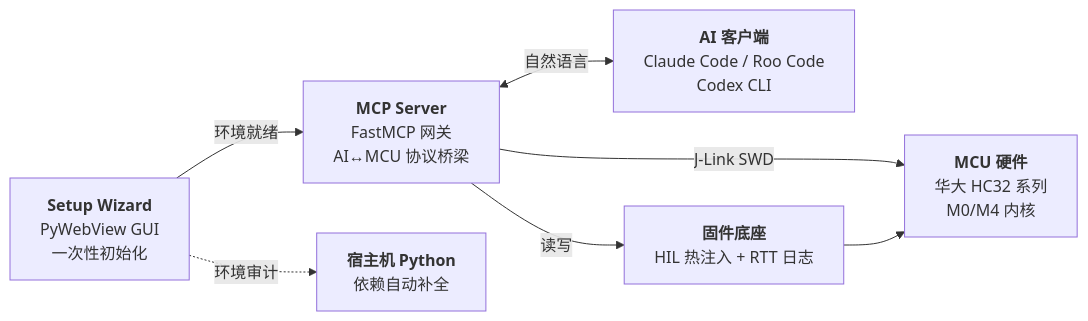
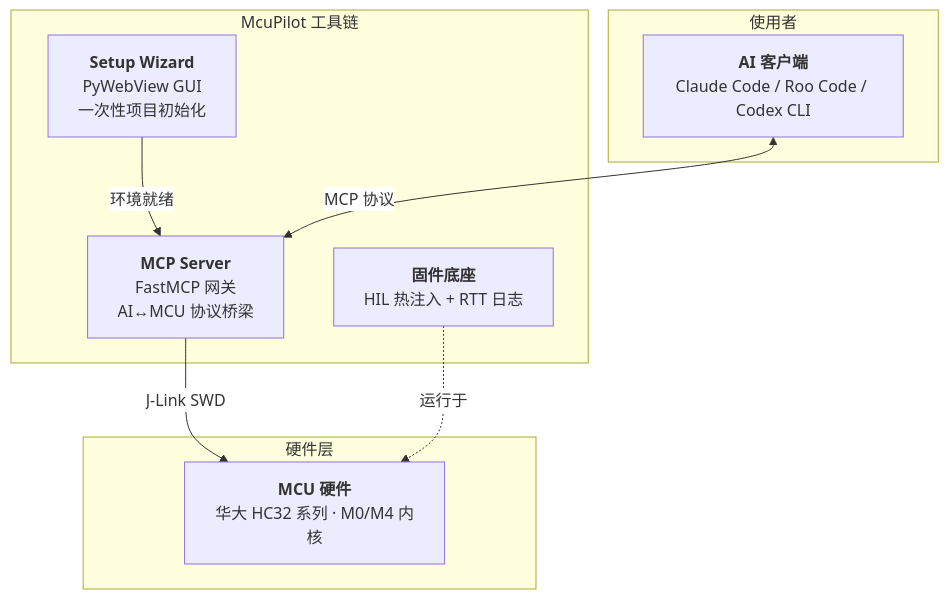
One commit to RyanWang-CN/McuPilot changed the diagram in README.md. Above: the diagram before and after it, drawn with Mermaid.

Commit message:
流程图升级为三层分组结构，橙色主题

````diff
--- a/README.md
+++ b/README.md
@@ -44,9 +44,19 @@
 ```mermaid
-flowchart LR
-    A[<b>Setup Wizard</b><br/>PyWebView GUI<br/>一次性初始化] -->|环境就绪| B[<b>MCP Server</b><br/>FastMCP 网关<br/>AI↔MCU 协议桥梁]
-    B <-->|自然语言| C[<b>AI 客户端</b><br/>Claude Code / Roo Code<br/>Codex CLI]
-    B -->|J-Link SWD| D[<b>MCU 硬件</b><br/>华大 HC32 系列<br/>M0/M4 内核]
-    A -.->|环境审计| E[<b>宿主机 Python</b><br/>依赖自动补全]
-    B -->|读写| F[<b>固件底座</b><br/>HIL 热注入 + RTT 日志]
-    F --> D
+%%{init: {'theme': 'default', 'themeVariables': { 'primaryColor': '#ea580c', 'edgeLabelBackground':'#fff', 'tertiaryColor': '#f5f5f7'}}}%%
+flowchart TB
+    subgraph 使用者
+        C[<b>AI 客户端</b><br/>Claude Code / Roo Code / Codex CLI]
+    end
+    subgraph McuPilot 工具链
+        A[<b>Setup Wizard</b><br/>PyWebView GUI<br/>一次性项目初始化]
+        B[<b>MCP Server</b><br/>FastMCP 网关<br/>AI↔MCU 协议桥梁]
+        F[<b>固件底座</b><br/>HIL 热注入 + RTT 日志]
+    end
+    subgraph 硬件层
+        D[<b>MCU 硬件</b><br/>华大 HC32 系列 · M0/M4 内核]
+    end
+    A -->|环境就绪| B
+    C <-->|MCP 协议| B
+    B -->|J-Link SWD| D
+    F -.->|运行于| D
 ```
````
